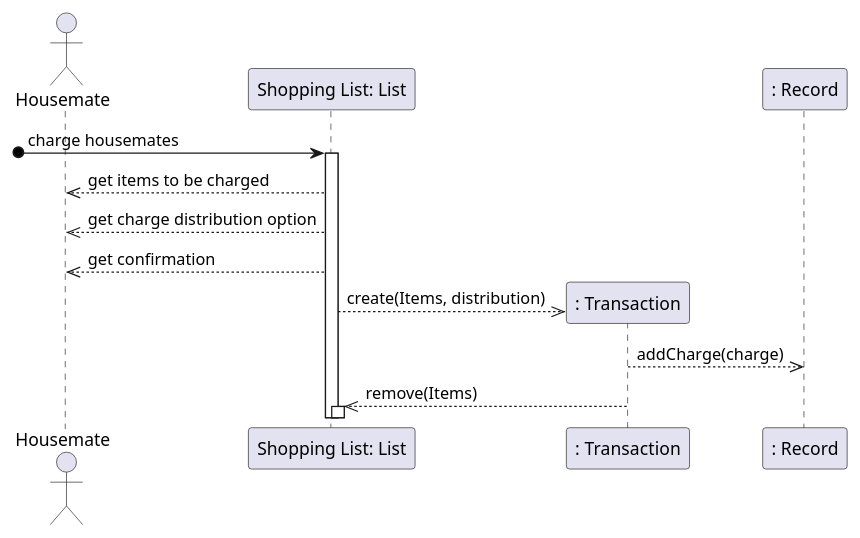
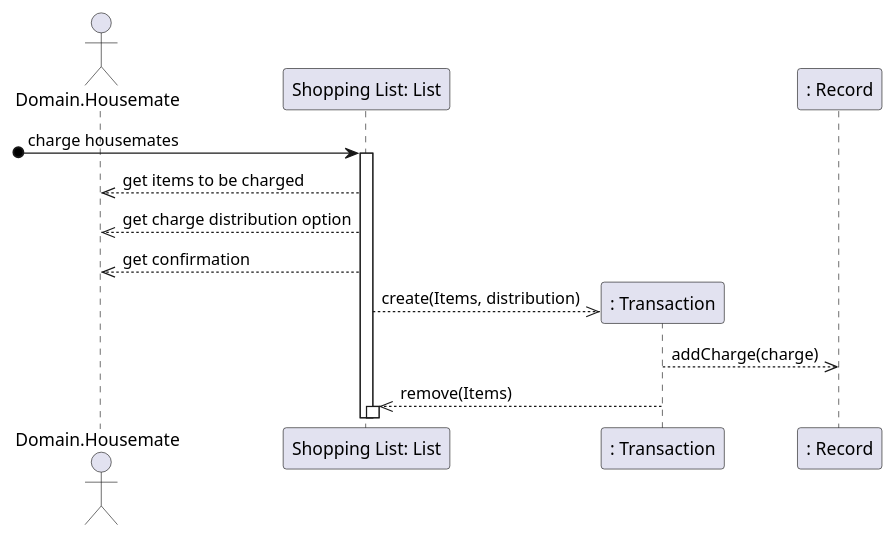
The third of 4 diagrams in doc/design.md (willemnielsen/House-App), drawn with PlantUML before and after one commit. The commit also changed other lines of this file and 15 other files, not shown here.

````diff
--- a/doc/design.md
+++ b/doc/design.md
@@ -89,24 +89,24 @@
 ```plantuml
 
 @startuml
-actor Housemate as Actor
+actor Domain.Housemate as Actor
 participant "Shopping List: List" as shoppingList
 participant ": Transaction" as transaction
 participant ": Record" as record
 
 
 [o-> shoppingList : charge housemates
 activate shoppingList
 
     shoppingList -->> Actor  : get items to be charged
     shoppingList -->> Actor  : get charge distribution option
     shoppingList -->> Actor  : get confirmation
     shoppingList -->> transaction** : create(Items, distribution)
     transaction -->> record : addCharge(charge)
     transaction -->> shoppingList : remove(Items)
 
 activate shoppingList
 
 
 @enduml
 ```
````
